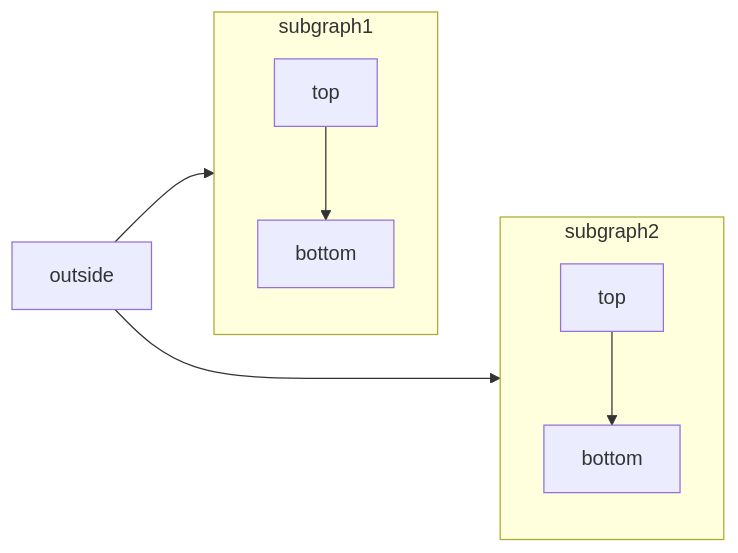
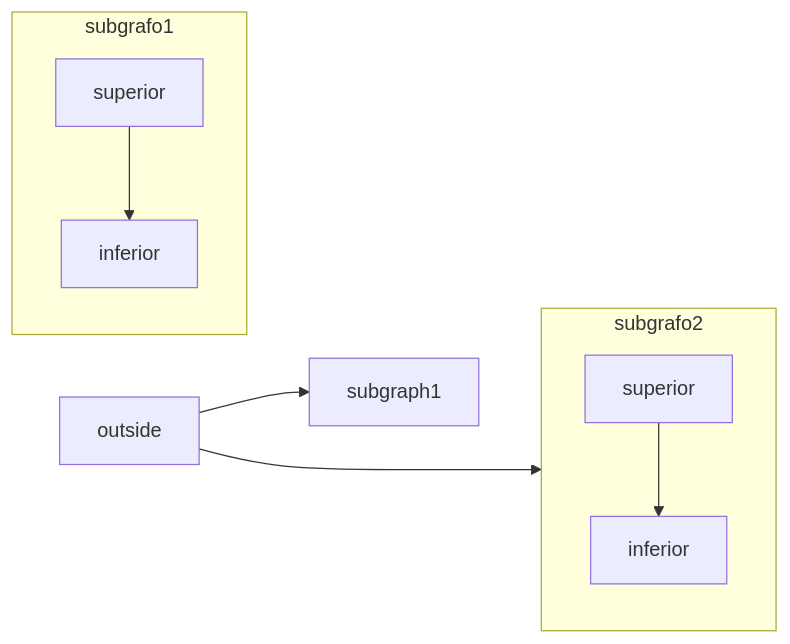
Before and after one commit to brian-lou/mintlify-docs: the diagram in es/components/mermaid-diagrams.mdx, drawn with Mermaid. The commit also changed other lines of this file and 566 other files, not shown here.

````diff
--- a/es/components/mermaid-diagrams.mdx
+++ b/es/components/mermaid-diagrams.mdx
@@ -11,18 +11,18 @@
 ```mermaid placement="top-right"
   flowchart LR
-    subgraph subgraph1
+    subgraph subgrafo1
         direction TB
-        top1[top] --> bottom1[bottom]
+        top1[superior] --> bottom1[inferior]
     end
-    subgraph subgraph2
+    subgraph subgrafo2
         direction TB
-        top2[top] --> bottom2[bottom]
+        top2[superior] --> bottom2[inferior]
     end
-    %% ^ Estos subgrafos son idénticos, excepto por los enlaces hacia ellos:
+    %% ^ These subgraphs are identical, except for the links to them:
 
-    %% Enlace *hacia* subgraph1: la dirección de subgraph1 se mantiene
+    %% Link *to* subgraph1: subgraph1 direction is maintained
     outside --> subgraph1
-    %% Enlace *dentro de* subgraph2:
-    %% subgraph2 hereda la dirección del grafo de nivel superior (LR)
+    %% Link *within* subgraph2:
+    %% subgraph2 inherits the direction of the top-level graph (LR)
     outside ---> top2
 ```
````
